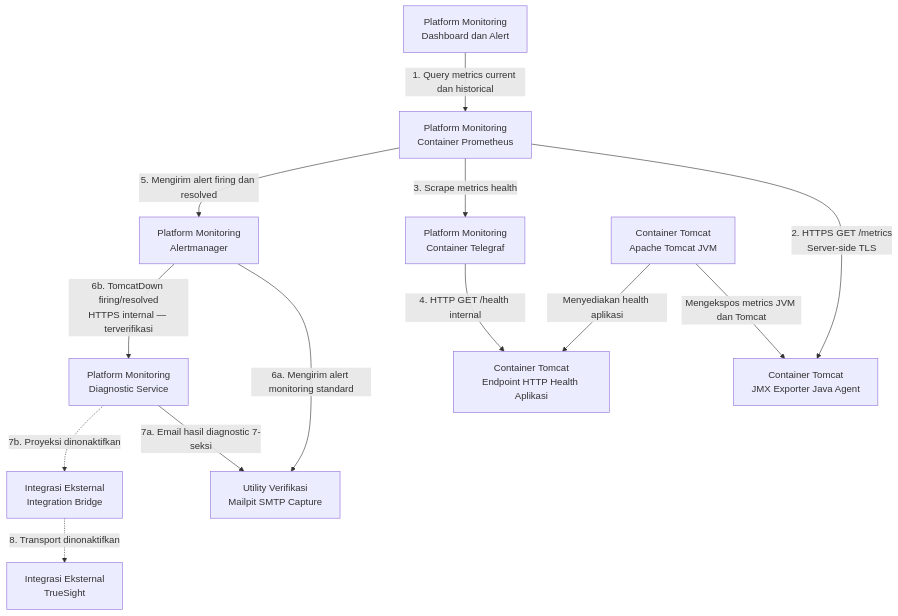
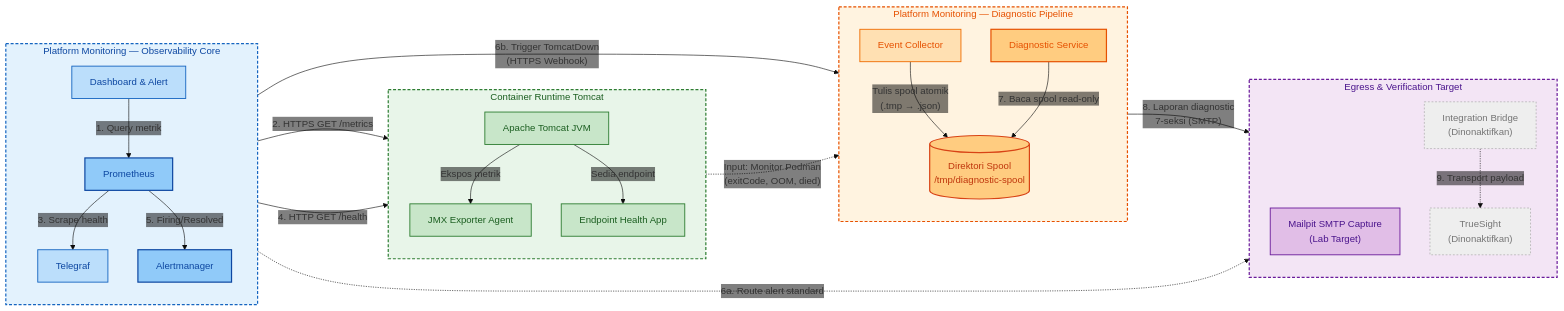
One commit to edkas07-oss/devops-handbook changed the first of 3 diagrams in docs/projects/tomcat-monitoring/architecture/index.md. Above: the diagram before and after it, drawn with Mermaid. The commit also changed other lines of this file, not shown here.

Commit message:
docs(tomcat-monitoring): update architecture deployment topology with subgraphs and event collector flow

````diff
--- a/docs/projects/tomcat-monitoring/architecture/index.md
+++ b/docs/projects/tomcat-monitoring/architecture/index.md
@@ -25,32 +25,87 @@
 ```mermaid
-flowchart TB
-    DB["Platform Monitoring<br/>Dashboard dan Alert"]
-    PM["Platform Monitoring<br/>Container Prometheus"]
-    TG["Platform Monitoring<br/>Container Telegraf"]
-    AM["Platform Monitoring<br/>Alertmanager"]
+%%{init: {
+  'theme': 'base',
+  'themeVariables': {
+    'edgeLabelBackground': 'transparent'
+  }
+}}%%
+flowchart LR
+    %% ================= SUBGRAPH DEFINITIONS =================
+    %% Subgraph Runtime Aplikasi
+    subgraph APP_ZONE["Container Runtime Tomcat"]
+        direction TB
+        TC["Apache Tomcat JVM"]
+        JM["JMX Exporter Agent"]
+        APP["Endpoint Health App"]
+        TC -->|"Ekspos metrik"| JM
+        TC -->|"Sedia endpoint"| APP
+    end
 
-    TC["Container Tomcat<br/>Apache Tomcat JVM"]
-    JM["Container Tomcat<br/>JMX Exporter Java Agent"]
-    APP["Container Tomcat<br/>Endpoint HTTP Health Aplikasi"]
+    %% Subgraph Metric Gathering & Alerting
+    subgraph METRIC_ZONE["Platform Monitoring — Observability Core"]
+        direction TB
+        DB["Dashboard & Alert"]
+        PM["Prometheus"]
+        TG["Telegraf"]
+        AM["Alertmanager"]
 
-    NC["Utility Verifikasi<br/>Mailpit SMTP Capture"]
-    DS["Platform Monitoring<br/>Diagnostic Service"]
-    BR["Integrasi Eksternal<br/>Integration Bridge"]
-    TS["Integrasi Eksternal<br/>TrueSight"]
+        DB -->|"1. Query metrik"| PM
+        PM -->|"2. HTTPS GET /metrics"| JM
+        TG -->|"4. HTTP GET /health"| APP
+        PM -->|"3. Scrape health"| TG
+        PM -->|"5. Firing/Resolved"| AM
+    end
 
-    DB -->|"1. Query metrics current dan historical"| PM
+    %% Subgraph Event Collector & Diagnostic
+    subgraph DIAG_ZONE["Platform Monitoring — Diagnostic Pipeline"]
+        direction TB
+        EC["Event Collector"]
+        SPL[("Direktori Spool<br/>/tmp/diagnostic-spool")]
+        DS["Diagnostic Service"]
 
-    PM -->|"2. HTTPS GET /metrics<br/>Server-side TLS"| JM
-    TC -->|"Mengekspos metrics JVM dan Tomcat"| JM
+        TC -.->|"Input: Monitor Podman<br/>(exitCode, OOM, died)"| EC
+        EC -->|"Tulis spool atomik<br/>(.tmp → .json)"| SPL
+        AM -->|"6b. Trigger TomcatDown<br/>(HTTPS Webhook)"| DS
+        DS -->|"7. Baca spool read-only"| SPL
+    end
 
-    PM -->|"3. Scrape metrics health"| TG
-    TG -->|"4. HTTP GET /health internal"| APP
-    TC -->|"Menyediakan health aplikasi"| APP
+    %% Subgraph Egress & Notifikasi
+    subgraph EGRESS_ZONE["Egress & Verification Target"]
+        direction TB
+        NC["Mailpit SMTP Capture<br/>(Lab Target)"]
+        BR["Integration Bridge<br/>(Dinonaktifkan)"]
+        TS["TrueSight<br/>(Dinonaktifkan)"]
 
-    PM -->|"5. Mengirim alert firing dan resolved"| AM
-    AM -->|"6a. Mengirim alert monitoring standard"| NC
-    AM -->|"6b. TomcatDown firing/resolved<br/>HTTPS internal — terverifikasi"| DS
-    DS -->|"7a. Email hasil diagnostic 7-seksi"| NC
-    DS -.->|"7b. Proyeksi dinonaktifkan"| BR
-    BR -.->|"8. Transport dinonaktifkan"| TS
+        AM -.->|"6a. Route alert standard"| BR
+        BR -.->|"9. Transport payload"| TS
+        DS -->|"8. Laporan diagnostic<br/>7-seksi (SMTP)"| NC
+    end
+
+    %% ================= STYLING SUBGRAPH =================
+    style APP_ZONE fill:#e8f5e9,stroke:#2e7d32,stroke-width:2px,stroke-dasharray: 5 3,color:#1b5e20
+    style METRIC_ZONE fill:#e3f2fd,stroke:#1565c0,stroke-width:2px,stroke-dasharray: 5 3,color:#0d47a1
+    style DIAG_ZONE fill:#fff3e0,stroke:#e65100,stroke-width:2px,stroke-dasharray: 5 3,color:#e65100
+    style EGRESS_ZONE fill:#f3e5f5,stroke:#6a1b9a,stroke-width:2px,stroke-dasharray: 5 3,color:#4a148c
+
+    %% ================= STYLING NODES =================
+    %% 1. Node Aplikasi (Green)
+    style TC fill:#c8e6c9,stroke:#2e7d32,stroke-width:1.5px,color:#1b5e20
+    style JM fill:#c8e6c9,stroke:#2e7d32,stroke-width:1.5px,color:#1b5e20
+    style APP fill:#c8e6c9,stroke:#2e7d32,stroke-width:1.5px,color:#1b5e20
+
+    %% 2. Node Monitoring Core (Blue)
+    style DB fill:#bbdefb,stroke:#1565c0,stroke-width:1.5px,color:#0d47a1
+    style PM fill:#90caf9,stroke:#0d47a1,stroke-width:2px,color:#0d47a1
+    style TG fill:#bbdefb,stroke:#1565c0,stroke-width:1.5px,color:#0d47a1
+    style AM fill:#90caf9,stroke:#0d47a1,stroke-width:2px,color:#0d47a1
+
+    %% 3. Node Diagnostic & Spool (Orange / Amber)
+    style EC fill:#ffe0b2,stroke:#ef6c00,stroke-width:1.5px,color:#e65100
+    style SPL fill:#ffcc80,stroke:#d84315,stroke-width:2px,color:#bf360c
+    style DS fill:#ffcc80,stroke:#e65100,stroke-width:2px,color:#e65100
+
+    %% 4. Node Egress Active (Purple) & Disabled (Gray)
+    style NC fill:#e1bee7,stroke:#6a1b9a,stroke-width:1.5px,color:#4a148c
+    style BR fill:#eeeeee,stroke:#9e9e9e,stroke-width:1px,stroke-dasharray: 3 3,color:#757575
+    style TS fill:#eeeeee,stroke:#9e9e9e,stroke-width:1px,stroke-dasharray: 3 3,color:#757575
 ```
````
